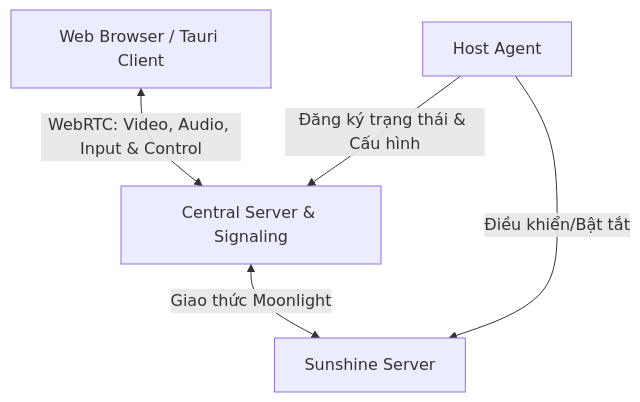
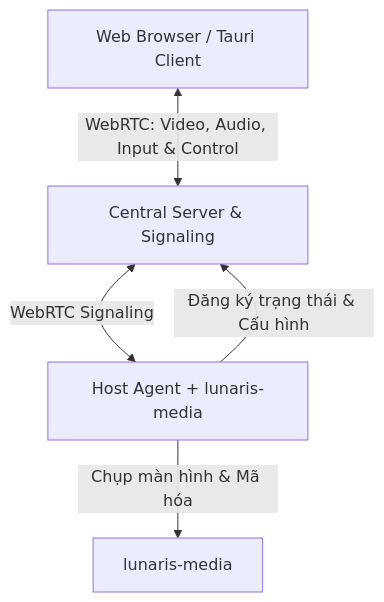
One commit to collyn/lunaris changed the diagram in project_architecture.md. Above: the diagram before and after it, drawn with Mermaid. The commit also changed other lines of this file and 21 other files, not shown here.

Commit message:
chore: remove sunshine/moonlight integration & fix agent EGL startup crash on NVIDIA

````diff
--- a/project_architecture.md
+++ b/project_architecture.md
@@ -19,7 +19,7 @@
 ```mermaid
 graph TD
     Client[Web Browser / Tauri Client] <-->|WebRTC: Video, Audio, Input & Control| Server[Central Server & Signaling]
-    Server <-->|Giao thức Moonlight| Sunshine[Sunshine Server]
-    Agent[Host Agent] -->|Đăng ký trạng thái & Cấu hình| Server
-    Agent -->|Điều khiển/Bật tắt| Sunshine
+    Server <-->|WebRTC Signaling| Agent[Host Agent + lunaris-media]
+    Agent -->|Đăng ký trạng thái & Cấu hình| Server
+    Agent -->|Chụp màn hình & Mã hóa| LunarisMedia[lunaris-media]
 ```
````
